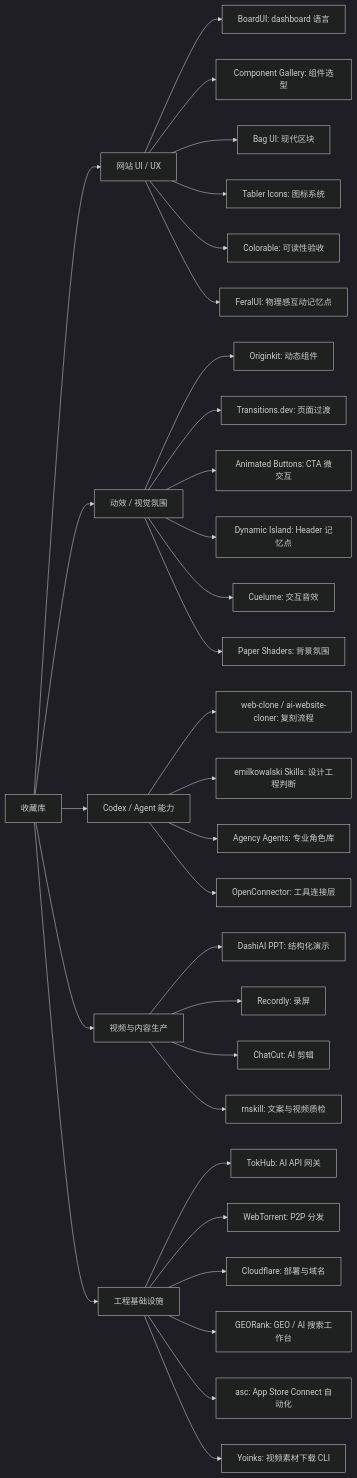
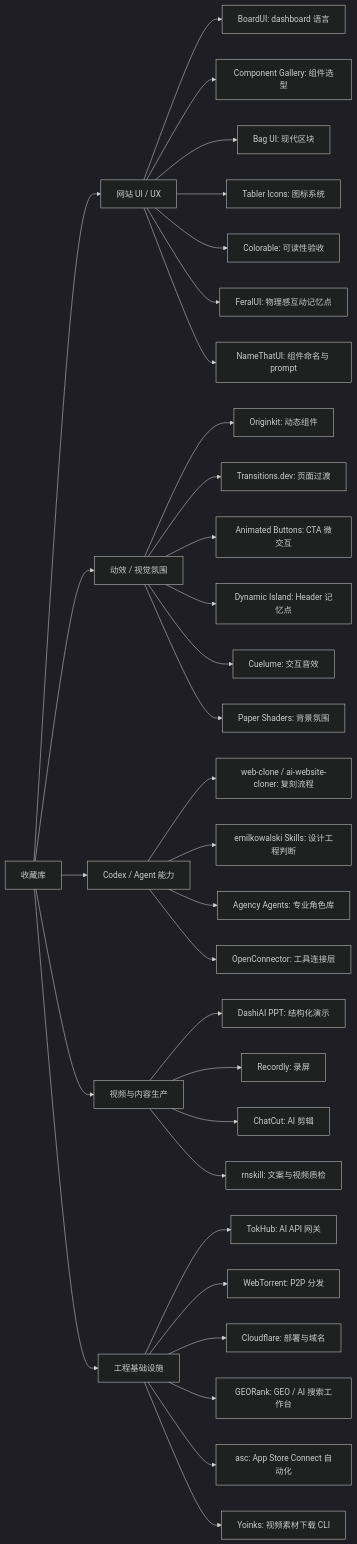
One commit to youfei0719/glint-vault changed the diagram in _索引/多媒体收藏地图.md. Above: the diagram before and after it, drawn with Mermaid (dark theme). The commit also changed other lines of this file and 7 other files, not shown here.

````diff
--- a/_索引/多媒体收藏地图.md
+++ b/_索引/多媒体收藏地图.md
@@ -116,39 +117,40 @@
 ```mermaid
 flowchart LR
   A["收藏库"] --> B["网站 UI / UX"]
   A --> C["动效 / 视觉氛围"]
   A --> D["Codex / Agent 能力"]
   A --> E["视频与内容生产"]
   A --> F["工程基础设施"]
 
   B --> B1["BoardUI: dashboard 语言"]
   B --> B2["Component Gallery: 组件选型"]
   B --> B3["Bag UI: 现代区块"]
   B --> B4["Tabler Icons: 图标系统"]
   B --> B5["Colorable: 可读性验收"]
   B --> B6["FeralUI: 物理感互动记忆点"]
+  B --> B7["NameThatUI: 组件命名与 prompt"]
 
   C --> C1["Originkit: 动态组件"]
   C --> C2["Transitions.dev: 页面过渡"]
   C --> C3["Animated Buttons: CTA 微交互"]
   C --> C4["Dynamic Island: Header 记忆点"]
   C --> C5["Cuelume: 交互音效"]
   C --> C6["Paper Shaders: 背景氛围"]
 
   D --> D1["web-clone / ai-website-cloner: 复刻流程"]
   D --> D2["emilkowalski Skills: 设计工程判断"]
   D --> D3["Agency Agents: 专业角色库"]
   D --> D4["OpenConnector: 工具连接层"]
 
   E --> E1["DashiAI PPT: 结构化演示"]
   E --> E2["Recordly: 录屏"]
   E --> E3["ChatCut: AI 剪辑"]
   E --> E4["rnskill: 文案与视频质检"]
 
   F --> F1["TokHub: AI API 网关"]
   F --> F2["WebTorrent: P2P 分发"]
   F --> F3["Cloudflare: 部署与域名"]
   F --> F4["GEORank: GEO / AI 搜索工作台"]
   F --> F5["asc: App Store Connect 自动化"]
   F --> F6["Yoinks: 视频素材下载 CLI"]
 ```
````
